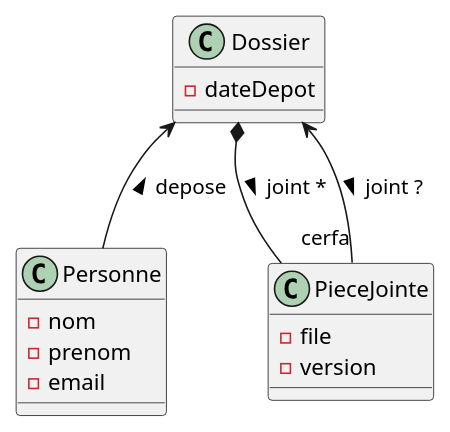
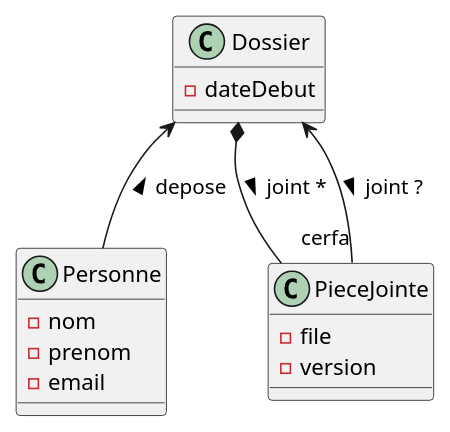
Before and after one commit to MTES-MCT/declaration-travaux-api: the diagram in src/main/docs/model.puml, drawn with PlantUML. The commit also changed 73 other files, not shown here.

```diff
--- a/src/main/docs/model.puml
+++ b/src/main/docs/model.puml
@@ -1,17 +1,17 @@
 @startuml RIEAU
 class Personne {
     - nom
     - prenom
     - email
 }
 class Dossier {
-    - dateDepot
+    - dateDebut
 }
 class PieceJointe {
     - file
     - version
 }
 Dossier *-- PieceJointe: joint * >
 Dossier <-- PieceJointe: joint ? > "cerfa"
 Dossier <-- Personne: depose <
 @enduml
```
